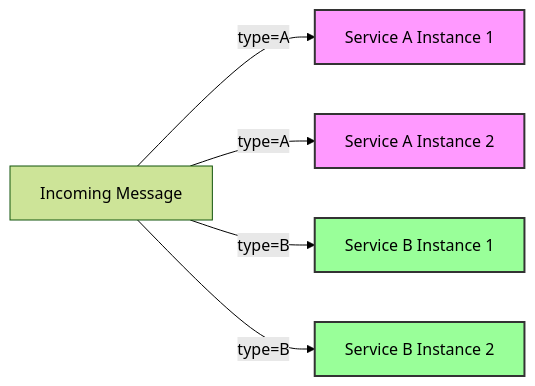
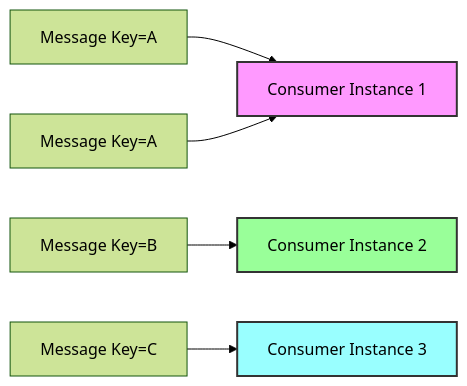
The third of 8 diagrams in modules/communication-async/slides/1 - Async communication.md (nbicocchi/learn-microservices), drawn with Mermaid (forest theme) before and after one commit. The commit also changed other lines of this file and 1 other file, not shown here.

````diff
--- a/modules/communication-async/slides/1 - Async communication.md
+++ b/modules/communication-async/slides/1 - Async communication.md
@@ -207,13 +181,12 @@
 ```mermaid
 flowchart LR
-    M[Incoming Message] -->|type=A| S1[Service A Instance 1]
-    M -->|type=A| S1b[Service A Instance 2]
-    M -->|type=B| S2[Service B Instance 1]
-    M -->|type=B| S2b[Service B Instance 2]
+    M1[Message Key=A] --> S1[Consumer Instance 1]
+    M2[Message Key=B] --> S2[Consumer Instance 2]
+    M3[Message Key=A] --> S1
+    M4[Message Key=C] --> S3[Consumer Instance 3]
 
-%% Optional: emphasize competition
     style S1 fill:#f9f,stroke:#333,stroke-width:2px
-    style S1b fill:#f9f,stroke:#333,stroke-width:2px
     style S2 fill:#9f9,stroke:#333,stroke-width:2px
-    style S2b fill:#9f9,stroke:#333,stroke-width:2px
+    style S3 fill:#9ff,stroke:#333,stroke-width:2px
+
 ```
````
